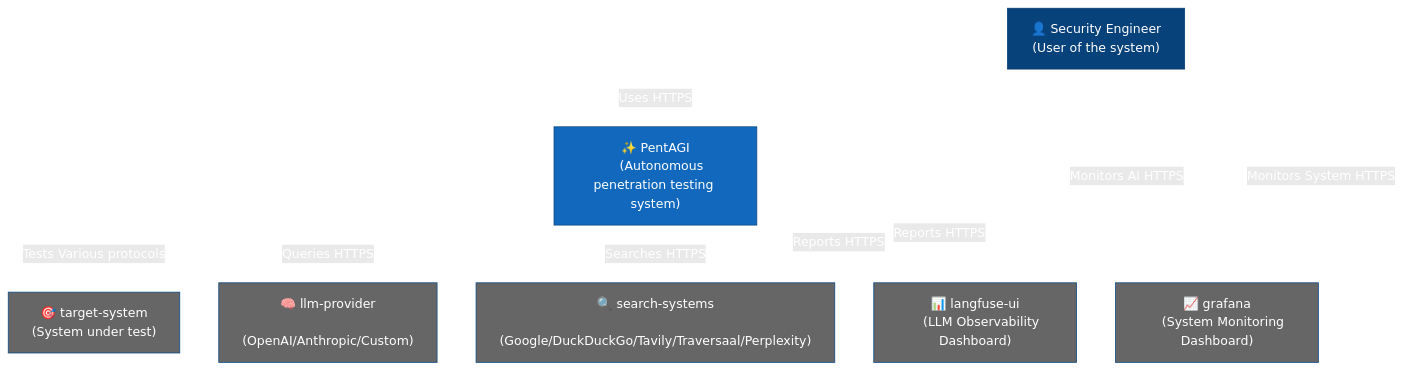
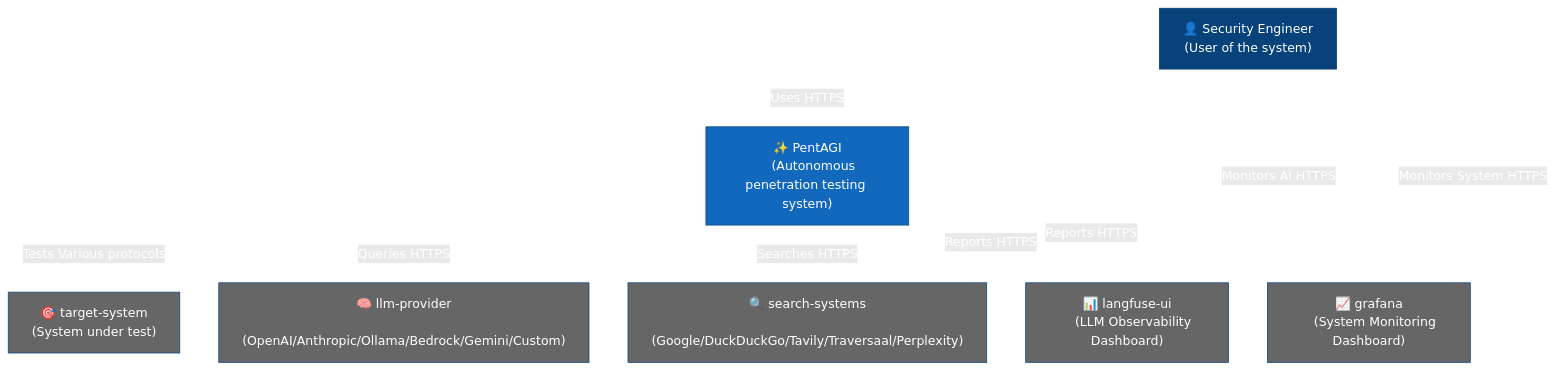
One commit to pentagi-oss/pentagi changed the first of 6 diagrams in README.md. Above: the diagram before and after it, drawn with Mermaid. The commit also changed other lines of this file and 38 other files, not shown here.

Commit message:
feat: add support for Gemini and Ollama LLM providers

````diff
--- a/README.md
+++ b/README.md
@@ -60,38 +60,38 @@
 ```mermaid
 flowchart TB
     classDef person fill:#08427B,stroke:#073B6F,color:#fff
     classDef system fill:#1168BD,stroke:#0B4884,color:#fff
     classDef external fill:#666666,stroke:#0B4884,color:#fff
     
     pentester["👤 Security Engineer
     (User of the system)"]
     
     pentagi["✨ PentAGI
     (Autonomous penetration testing system)"]
     
     target["🎯 target-system
     (System under test)"]
     llm["🧠 llm-provider
-    (OpenAI/Anthropic/Custom)"]
+    (OpenAI/Anthropic/Ollama/Bedrock/Gemini/Custom)"]
     search["🔍 search-systems
     (Google/DuckDuckGo/Tavily/Traversaal/Perplexity)"]
     langfuse["📊 langfuse-ui
     (LLM Observability Dashboard)"]
     grafana["📈 grafana
     (System Monitoring Dashboard)"]
     
     pentester --> |Uses HTTPS| pentagi
     pentester --> |Monitors AI HTTPS| langfuse
     pentester --> |Monitors System HTTPS| grafana
     pentagi --> |Tests Various protocols| target
     pentagi --> |Queries HTTPS| llm
     pentagi --> |Searches HTTPS| search
     pentagi --> |Reports HTTPS| langfuse
     pentagi --> |Reports HTTPS| grafana
     
     class pentester person
     class pentagi system
     class target,llm,search,langfuse,grafana external
     
     linkStyle default stroke:#ffffff,color:#ffffff
 ```
````
